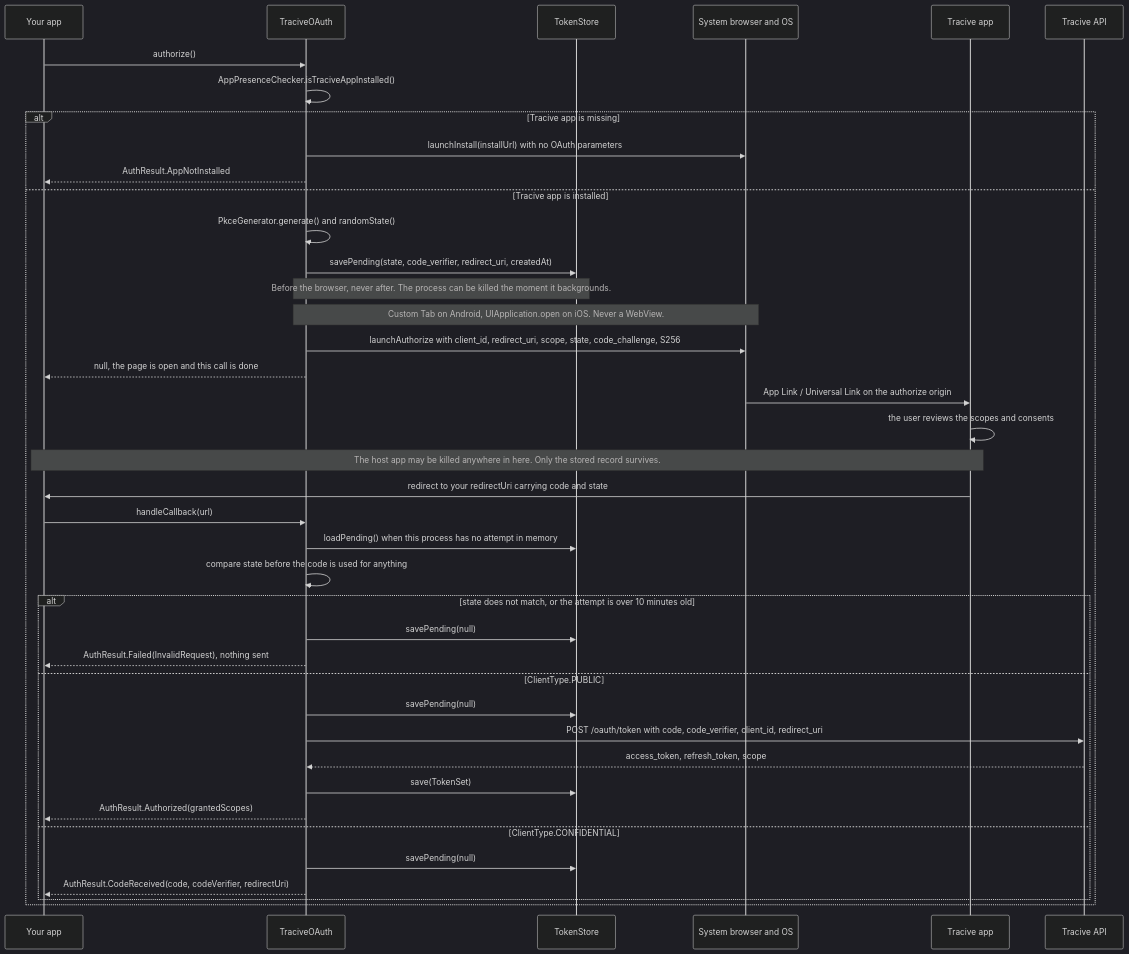
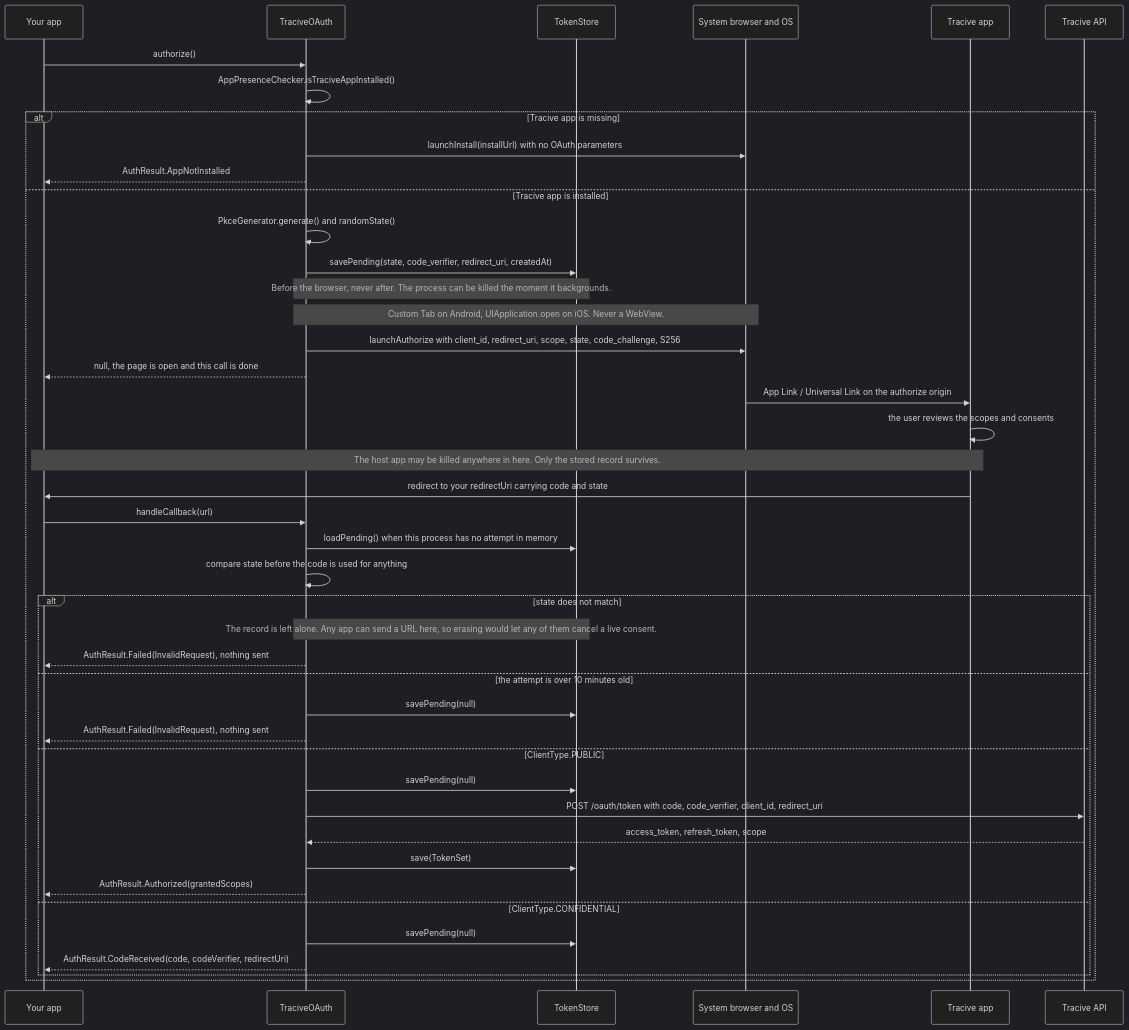
The second of 5 diagrams in docs/architecture.md (pleistocent/tracive-sdk-kotlin), drawn with Mermaid (dark theme) before and after one commit. The commit also changed other lines of this file and 5 other files, not shown here.

````diff
--- a/docs/architecture.md
+++ b/docs/architecture.md
@@ -71,43 +73,46 @@
 ```mermaid
 sequenceDiagram
     participant App as Your app
     participant SDK as TraciveOAuth
     participant Store as TokenStore
     participant OS as System browser and OS
     participant Tracive as Tracive app
     participant API as Tracive API
 
     App->>SDK: authorize()
     SDK->>SDK: AppPresenceChecker.isTraciveAppInstalled()
     alt Tracive app is missing
         SDK->>OS: launchInstall(installUrl) with no OAuth parameters
         SDK-->>App: AuthResult.AppNotInstalled
     else Tracive app is installed
         SDK->>SDK: PkceGenerator.generate() and randomState()
         SDK->>Store: savePending(state, code_verifier, redirect_uri, createdAt)
         Note over SDK,Store: Before the browser, never after. The process can be killed the moment it backgrounds.
         Note over SDK,OS: Custom Tab on Android, UIApplication.open on iOS. Never a WebView.
         SDK->>OS: launchAuthorize with client_id, redirect_uri, scope, state, code_challenge, S256
         SDK-->>App: null, the page is open and this call is done
         OS->>Tracive: App Link / Universal Link on the authorize origin
         Tracive->>Tracive: the user reviews the scopes and consents
         Note over App,Tracive: The host app may be killed anywhere in here. Only the stored record survives.
         Tracive->>App: redirect to your redirectUri carrying code and state
         App->>SDK: handleCallback(url)
         SDK->>Store: loadPending() when this process has no attempt in memory
         SDK->>SDK: compare state before the code is used for anything
-        alt state does not match, or the attempt is over 10 minutes old
+        alt state does not match
+            Note over SDK,Store: The record is left alone. Any app can send a URL here, so erasing would let any of them cancel a live consent.
+            SDK-->>App: AuthResult.Failed(InvalidRequest), nothing sent
+        else the attempt is over 10 minutes old
             SDK->>Store: savePending(null)
             SDK-->>App: AuthResult.Failed(InvalidRequest), nothing sent
         else ClientType.PUBLIC
             SDK->>Store: savePending(null)
             SDK->>API: POST /oauth/token with code, code_verifier, client_id, redirect_uri
             API-->>SDK: access_token, refresh_token, scope
             SDK->>Store: save(TokenSet)
             SDK-->>App: AuthResult.Authorized(grantedScopes)
         else ClientType.CONFIDENTIAL
             SDK->>Store: savePending(null)
             SDK-->>App: AuthResult.CodeReceived(code, codeVerifier, redirectUri)
         end
     end
 ```
````
